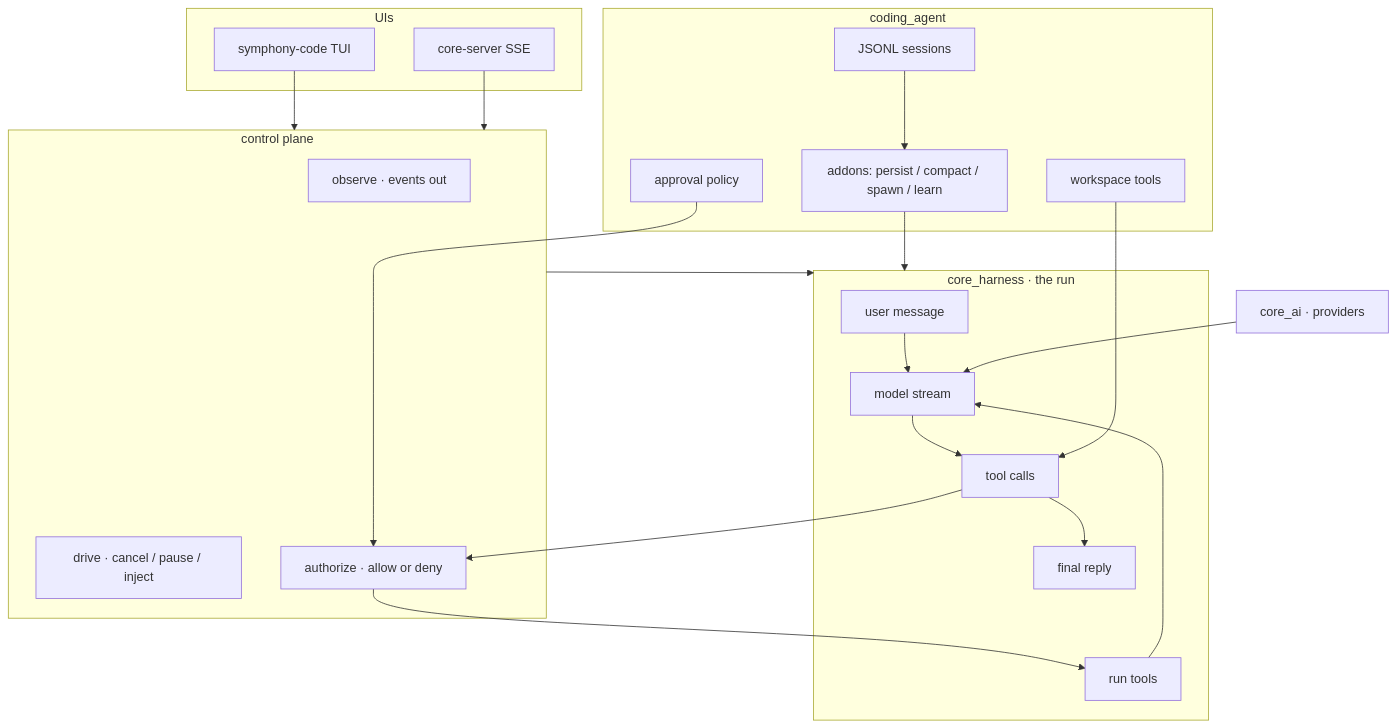
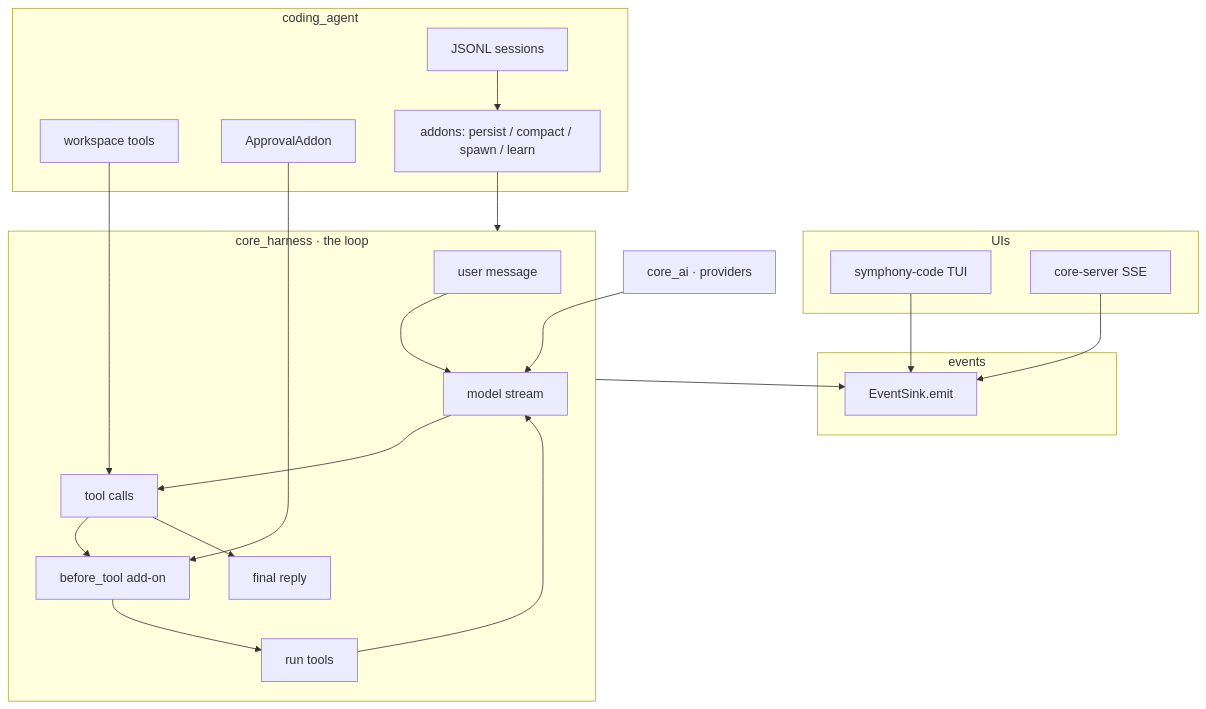
One commit to Sarthakischauhan/symphony changed the first of 2 diagrams in docs/developer-guide/architecture.md. Above: the diagram before and after it, drawn with Mermaid. The commit also changed other lines of this file and 63 other files, not shown here.

Commit message:
refactor: clean up event and runtime architecture

````diff
--- a/docs/developer-guide/architecture.md
+++ b/docs/developer-guide/architecture.md
@@ -19,39 +19,37 @@
 ```mermaid
 flowchart TD
     subgraph UI["UIs"]
         TUI["symphony-code TUI"]
         SSE["core-server SSE"]
     end
 
-    subgraph CP["control plane"]
-        OBS["observe · events out"]
-        DRV["drive · cancel / pause / inject"]
-        AUTH["authorize · allow or deny"]
+    subgraph EV["events"]
+        SINK["EventSink.emit"]
     end
 
-    subgraph SYM["core_harness · the run"]
+    subgraph SYM["core_harness · the loop"]
         U["user message"] --> M["model stream"]
         M --> TC["tool calls"]
-        TC --> AUTH
-        AUTH --> RT["run tools"]
+        TC --> HOOK["before_tool add-on"]
+        HOOK --> RT["run tools"]
         RT --> M
         TC --> FR["final reply"]
     end
 
     AI["core_ai · providers"] --> M
 
     subgraph COD["coding_agent"]
         WT["workspace tools"]
-        POL["approval policy"]
+        POL["ApprovalAddon"]
         JSONL["JSONL sessions"]
         ADD["addons: persist / compact / spawn / learn"]
     end
 
-    TUI --> CP
-    SSE --> CP
-    CP --> SYM
-    POL --> AUTH
+    TUI --> SINK
+    SSE --> SINK
+    SYM --> SINK
+    POL --> HOOK
     ADD --> SYM
     WT --> TC
     JSONL --> ADD
 ```
````
